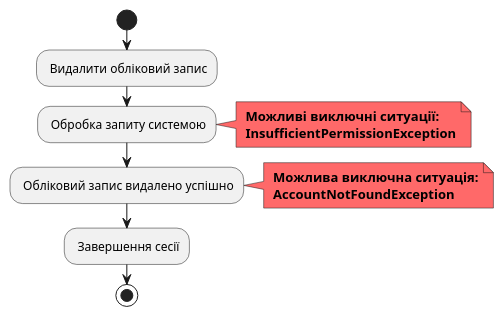
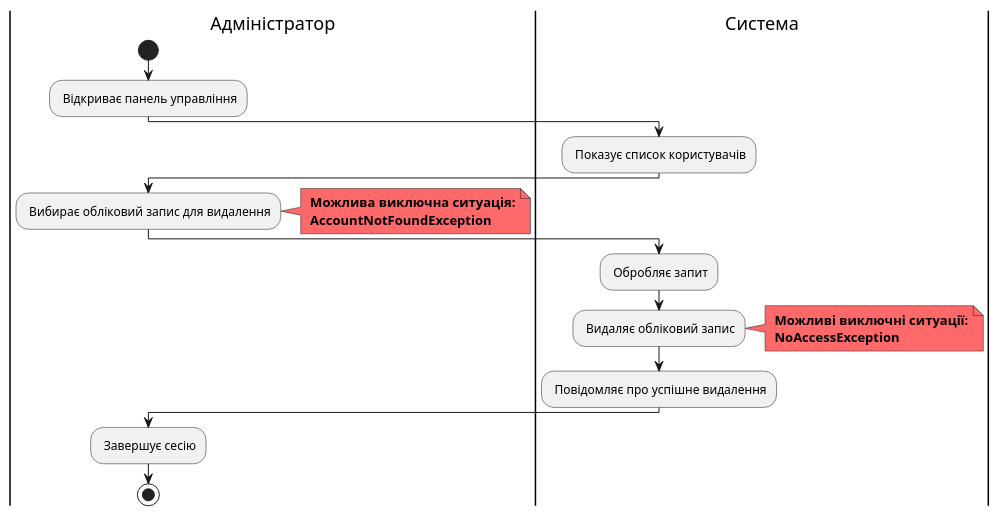
Diagram 11 of 12 in docs/use cases/README.md (vladyslavpopov/DB_CourseWork), drawn with PlantUML before and after one commit. The commit also changed other lines of this file, not shown here.

```diff
--- a/docs/use cases/README.md
+++ b/docs/use cases/README.md
@@ -414,23 +425,31 @@
 @startuml
+|Адміністратор|
+start;
+: Відкриває панель управління;
+
+|Система|
+: Показує список користувачів;
 
 |Адміністратор|
-start;
+: Вибирає обліковий запис для видалення;
 
-: Видалити обліковий запис;
-
-: Обробка запиту системою;
-note right #FF6969
-<b> Можливі виключні ситуації:
-<b> InsufficientPermissionException
-end note
-
-: Обліковий запис видалено успішно;
 note right #FF6969
 <b> Можлива виключна ситуація:
 <b> AccountNotFoundException
 end note
 
-: Завершення сесії;
+|Система|
+: Обробляє запит;
+: Видаляє обліковий запис;
 
+note right #FF6969
+<b> Можливі виключні ситуації:
+<b> NoAccessException
+end note
+
+: Повідомляє про успішне видалення;
+
+|Адміністратор|
+: Завершує сесію;
 stop;
 @enduml
```
